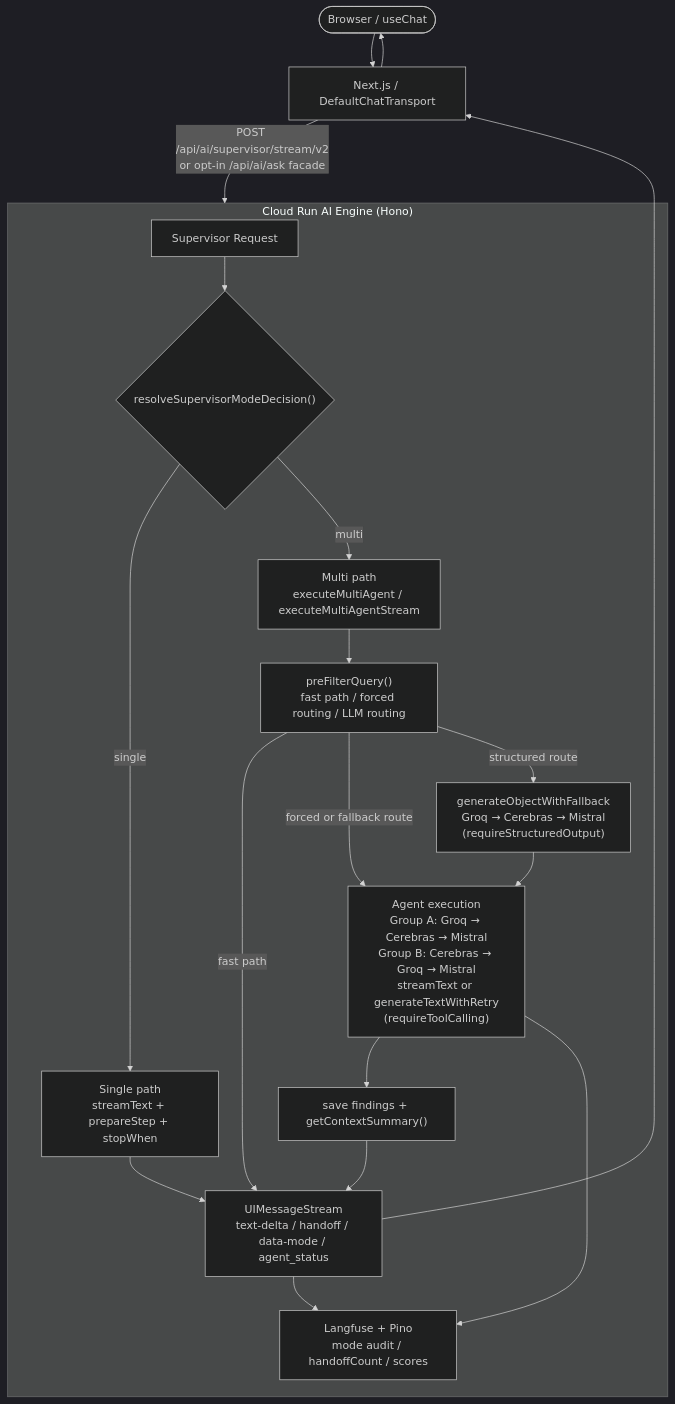
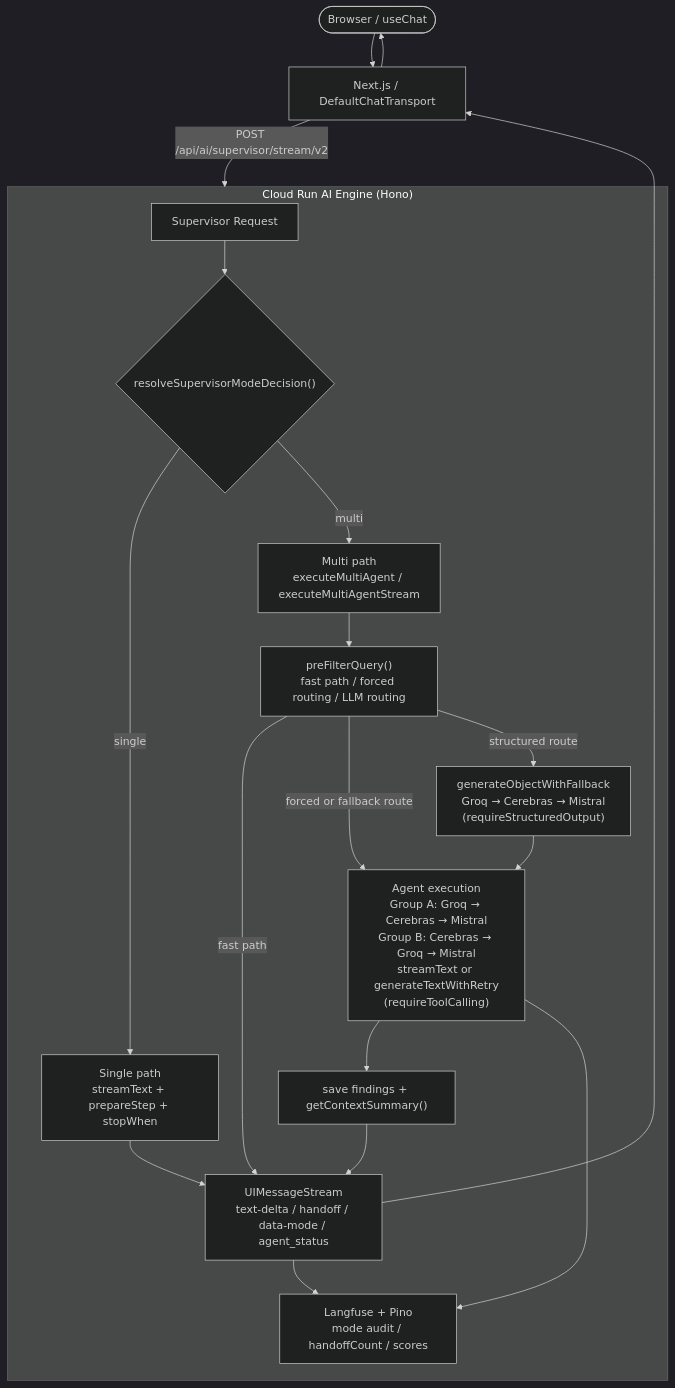
Before and after one commit to skyasu2/openmanager-ai: the first of 2 diagrams in docs/reference/architecture/ai/ai-engine-architecture.md, drawn with Mermaid (dark theme). The commit also changed other lines of this file and 8 other files, not shown here.

````diff
--- a/docs/reference/architecture/ai/ai-engine-architecture.md
+++ b/docs/reference/architecture/ai/ai-engine-architecture.md
@@ -109,34 +109,34 @@
 ```mermaid
 flowchart TB
     User([Browser / useChat]) --> Vercel["Next.js / DefaultChatTransport"]
-    Vercel -->|POST /api/ai/supervisor/stream/v2\nor opt-in /api/ai/ask facade| CR
+    Vercel -->|POST /api/ai/supervisor/stream/v2| CR
 
     subgraph CR["Cloud Run AI Engine (Hono)"]
         Entry["Supervisor Request"]
         Mode{"resolveSupervisorModeDecision()"}
         Single["Single path\nstreamText + prepareStep + stopWhen"]
         Multi["Multi path\nexecuteMultiAgent / executeMultiAgentStream"]
         Prefilter["preFilterQuery()\nfast path / forced routing / LLM routing"]
         Route["generateObjectWithFallback\nGroq → Cerebras → Mistral\n(requireStructuredOutput)"]
         Agent["Agent execution\nGroup A: Groq → Cerebras → Mistral\nGroup B: Cerebras → Groq → Mistral\nstreamText or generateTextWithRetry\n(requireToolCalling)"]
         Context["save findings + getContextSummary()"]
         Stream["UIMessageStream\ntext-delta / handoff / data-mode / agent_status"]
         Trace["Langfuse + Pino\nmode audit / handoffCount / scores"]
 
         Entry --> Mode
         Mode -->|single| Single
         Mode -->|multi| Multi
         Multi --> Prefilter
         Prefilter -->|fast path| Stream
         Prefilter -->|forced or fallback route| Agent
         Prefilter -->|structured route| Route
         Route --> Agent
         Agent --> Context
         Context --> Stream
         Single --> Stream
         Stream --> Trace
         Agent --> Trace
     end
 
     Stream --> Vercel --> User
 ```
````
